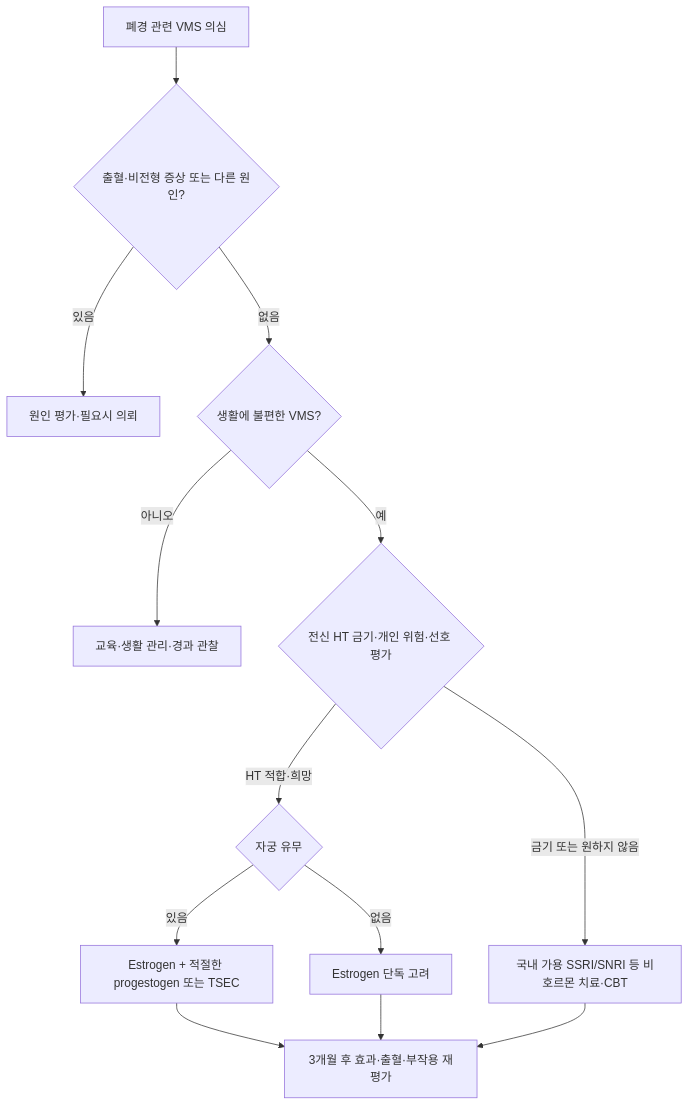
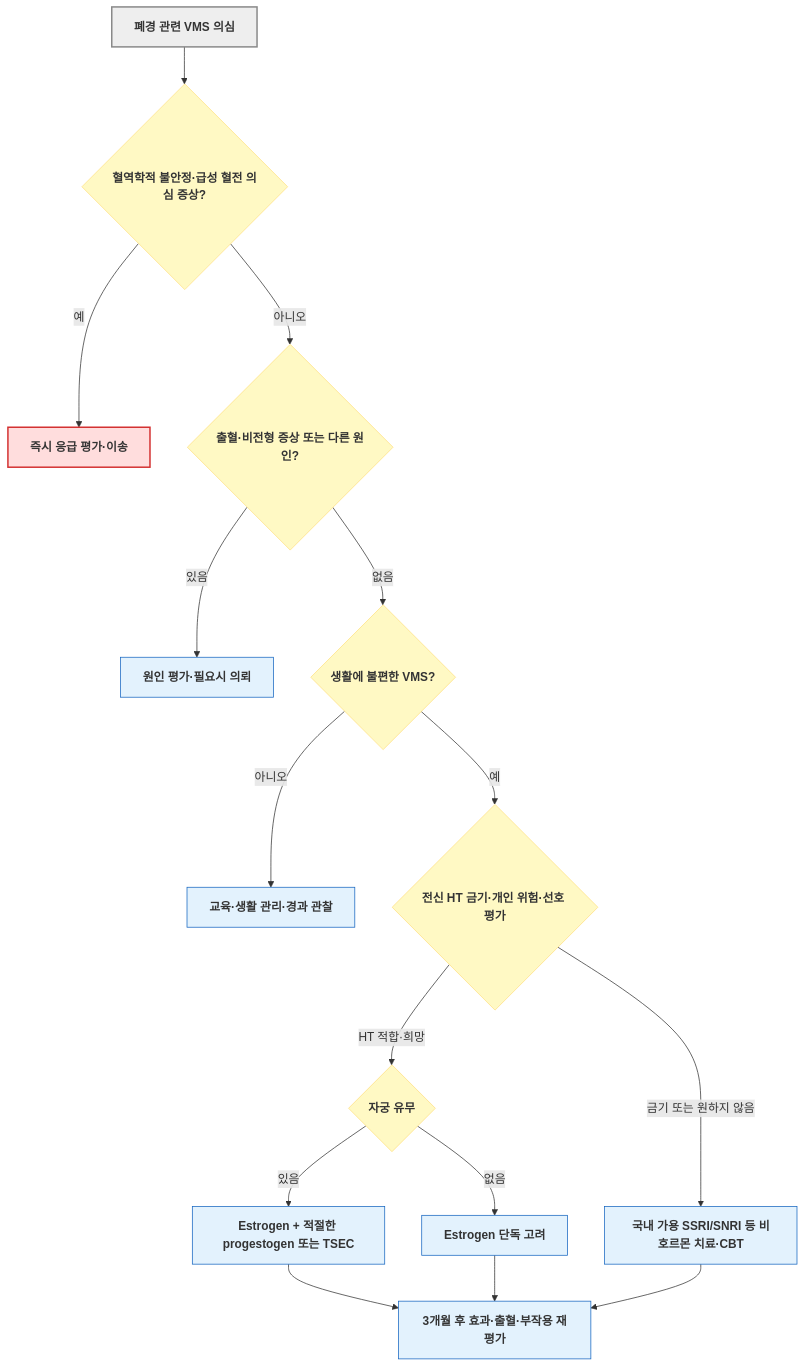
One commit to familyoh77/familyoh77 changed the first of 2 diagrams in 226_/108_-menopause-syndrome.md. Above: the diagram before and after it, drawn with Mermaid. The commit also changed other lines of this file and 9 other files, not shown here.

````diff
--- a/226_/108_-menopause-syndrome.md
+++ b/226_/108_-menopause-syndrome.md
@@ -116,15 +116,23 @@
 ```mermaid
 flowchart TD
-    A["폐경 관련 VMS 의심"] --> B{"출혈·비전형 증상 또는 다른 원인?"}
-    B -->|있음| C["원인 평가·필요시 의뢰"]
-    B -->|없음| D{"생활에 불편한 VMS?"}
-    D -->|아니오| E["교육·생활 관리·경과 관찰"]
-    D -->|예| F{"전신 HT 금기·개인 위험·선호 평가"}
-    F -->|HT 적합·희망| G{"자궁 유무"}
-    G -->|있음| H["Estrogen + 적절한 progestogen 또는 TSEC"]
-    G -->|없음| I["Estrogen 단독 고려"]
-    F -->|금기 또는 원하지 않음| J["국내 가용 SSRI/SNRI 등 비호르몬 치료·CBT"]
-    H --> K["3개월 후 효과·출혈·부작용 재평가"]
+    A["`**폐경 관련 VMS 의심**`"] --> Emergency{"`**혈역학적 불안정·급성 혈전 의심 증상?**`"}
+    Emergency -->|예| ER["`**즉시 응급 평가·이송**`"]
+    Emergency -->|아니오| B{"`**출혈·비전형 증상 또는 다른 원인?**`"}
+    B -->|있음| C["`**원인 평가·필요시 의뢰**`"]
+    B -->|없음| D{"`**생활에 불편한 VMS?**`"}
+    D -->|아니오| E["`**교육·생활 관리·경과 관찰**`"]
+    D -->|예| F{"`**전신 HT 금기·개인 위험·선호 평가**`"}
+    F -->|HT 적합·희망| G{"`**자궁 유무**`"}
+    G -->|있음| H["`**Estrogen + 적절한 progestogen 또는 TSEC**`"]
+    G -->|없음| I["`**Estrogen 단독 고려**`"]
+    F -->|금기 또는 원하지 않음| J["`**국내 가용 SSRI/SNRI 등 비호르몬 치료·CBT**`"]
+    H --> K["`**3개월 후 효과·출혈·부작용 재평가**`"]
     I --> K
     J --> K
+    classDef question fill:#fff9c4,stroke:#ffe082
+    classDef treatment fill:#e3f2fd,stroke:#1565c0
+    class Emergency,B,D,F,G question
+    class C,E,H,I,J,K treatment
+    style A fill:#eeeeee,stroke:#888888,stroke-width:2px
+    style ER fill:#ffdddd,stroke:#d32f2f,stroke-width:2px
 ```
````
